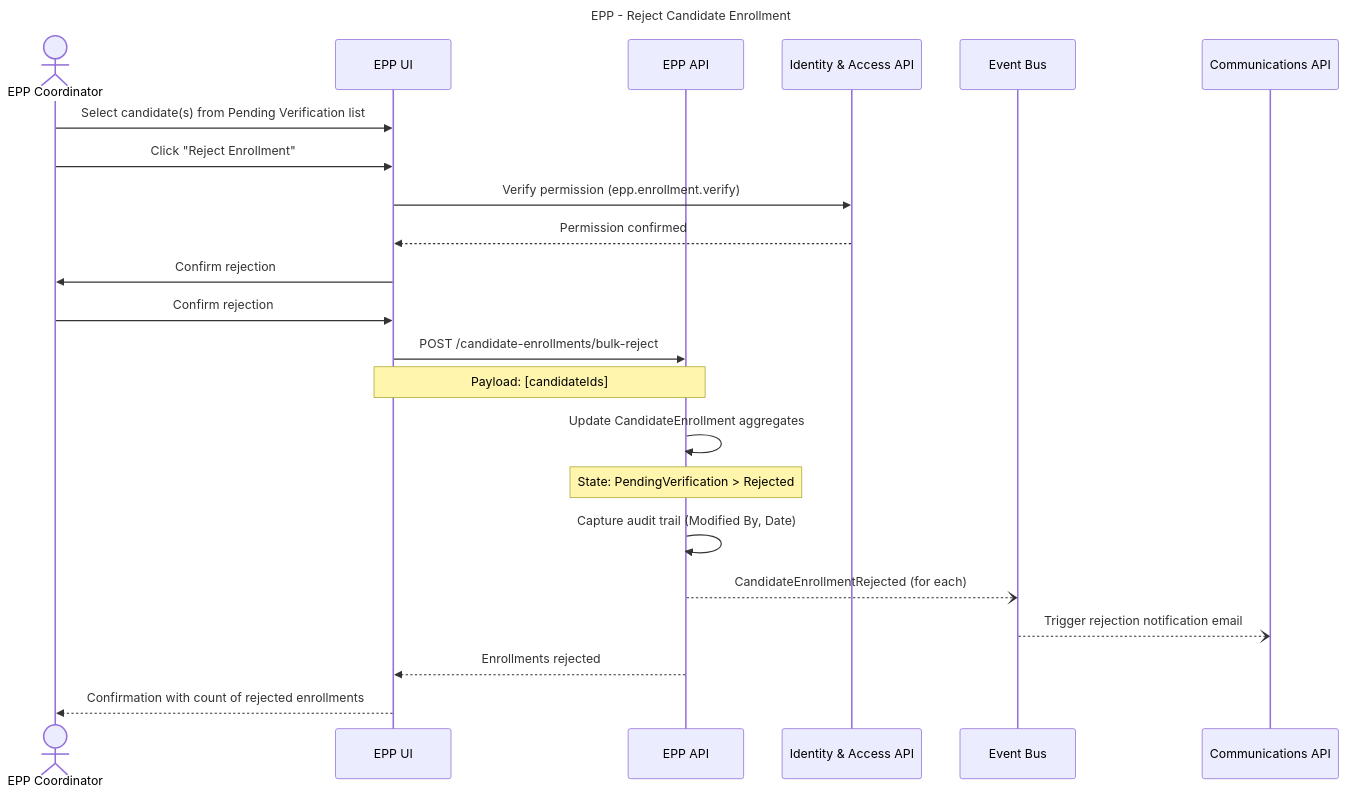
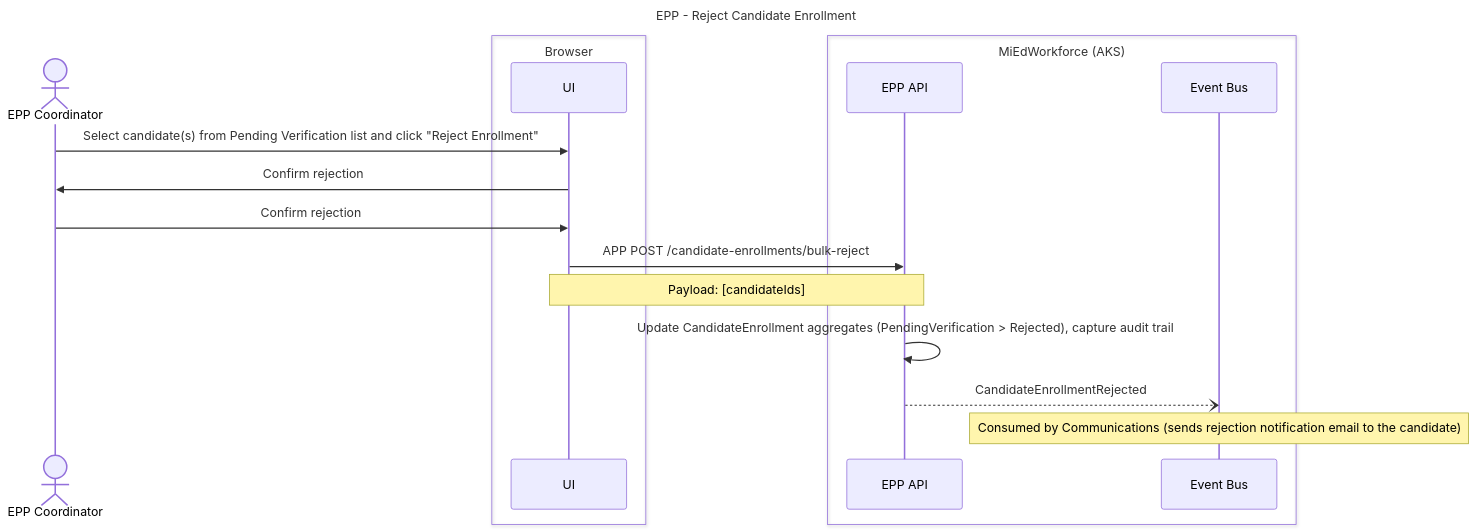
One commit to mnichols-dl/mied-design changed the tenth of 29 diagrams in working-docs/solution-areas/epp/epp-sequences.md. Above: the diagram before and after it, drawn with Mermaid. The commit also changed other lines of this file and 34 other files, not shown here.

Commit message:
Update sequences and perform RTM assessment

````diff
--- a/working-docs/solution-areas/epp/epp-sequences.md
+++ b/working-docs/solution-areas/epp/epp-sequences.md
@@ -527,34 +536,26 @@
 ```mermaid
 ---
 title: EPP - Reject Candidate Enrollment
 ---
 sequenceDiagram
     actor Coordinator as EPP Coordinator
-    participant UI as EPP UI
-    participant EPPService as EPP API
-    participant IAM as Identity & Access API
+    box Browser
+    participant UI as UI
+    end
+    box MiEdWorkforce (AKS)
+    participant EppApi as EPP API
     participant EventBus as Event Bus
-    participant CommService as Communications API
-    
-    Coordinator->>UI: Select candidate(s) from Pending Verification list
-    Coordinator->>UI: Click "Reject Enrollment"
-    
-    UI->>IAM: Verify permission (epp.enrollment.verify)
-    IAM-->>UI: Permission confirmed
-    
+    end
+
+    Coordinator->>UI: Select candidate(s) from Pending Verification list and click "Reject Enrollment"
     UI->>Coordinator: Confirm rejection
     Coordinator->>UI: Confirm rejection
-    
-    UI->>EPPService: POST /candidate-enrollments/bulk-reject
-    Note over UI,EPPService: Payload: [candidateIds]
-    
-    EPPService->>EPPService: Update CandidateEnrollment aggregates
-    Note over EPPService: State: PendingVerification > Rejected
-    EPPService->>EPPService: Capture audit trail (Modified By, Date)
-    
-    EPPService--)EventBus: CandidateEnrollmentRejected (for each)
-    EventBus--)CommService: Trigger rejection notification email
-    
-    EPPService-->>UI: Enrollments rejected
-    UI-->>Coordinator: Confirmation with count of rejected enrollments
+
+    UI->>EppApi: APP POST /candidate-enrollments/bulk-reject
+    Note over UI,EppApi: Payload: [candidateIds]
+
+    EppApi->>EppApi: Update CandidateEnrollment aggregates (PendingVerification > Rejected), capture audit trail
+
+    EppApi--)EventBus: CandidateEnrollmentRejected
+    Note over EventBus: Consumed by Communications (sends rejection notification email to the candidate)
 ```
````
